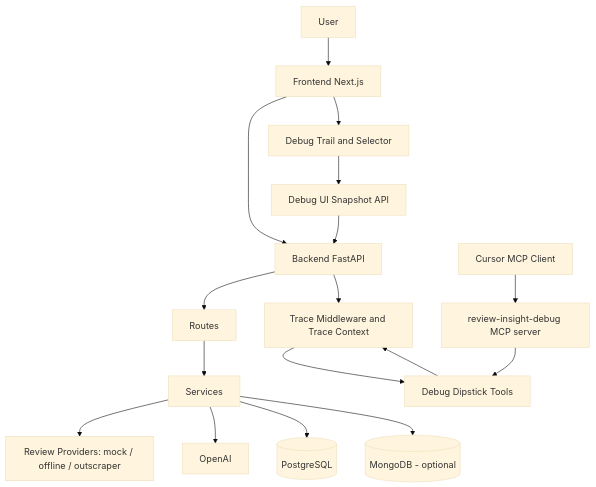
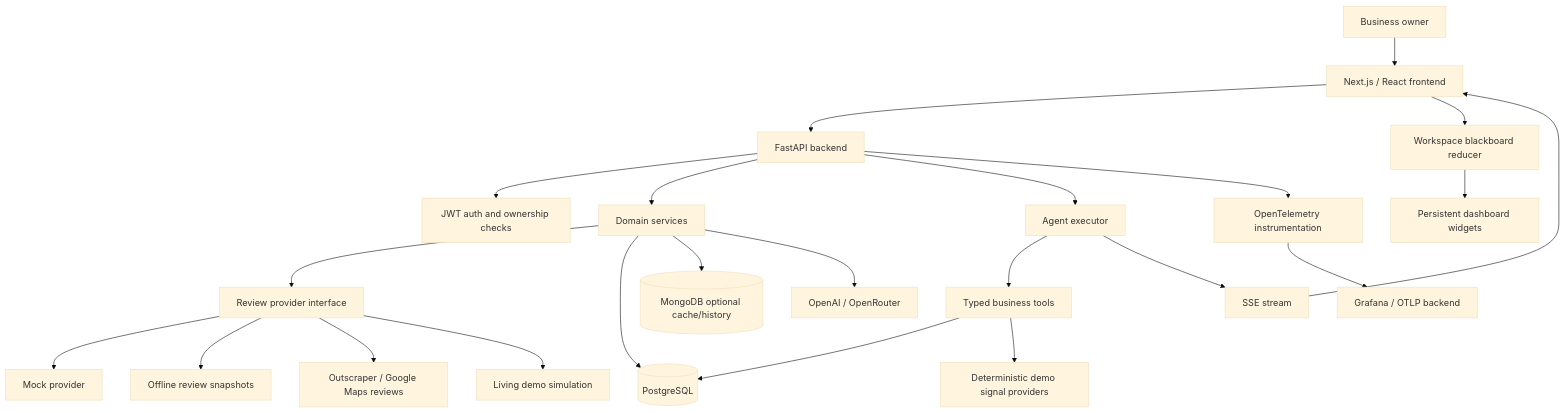
The first of 4 diagrams in README.md (YuriShkurko/review-insight-tool), drawn with Mermaid (base theme) before and after one commit. The commit also changed other lines of this file and 42 other files, not shown here.

````diff
--- a/README.md
+++ b/README.md
@@ -209,22 +108,30 @@
 ```mermaid
-graph TB
-    U[User] --> F[Frontend Next.js]
-    F --> API[Backend FastAPI]
+flowchart TB
+    User[Business owner] --> Web[Next.js / React frontend]
+    Web --> API[FastAPI backend]
 
-    API --> R[Routes]
-    R --> S[Services]
-    S --> P[Review Providers: mock / offline / outscraper]
-    S --> LLM[OpenAI]
-    S --> DB[(PostgreSQL)]
-    S --> MDB[(MongoDB - optional)]
+    API --> Auth[JWT auth and ownership checks]
+    API --> Services[Domain services]
+    API --> Agent[Agent executor]
 
-    F --> DT[Debug Trail and Selector]
-    DT --> UIS[Debug UI Snapshot API]
-    UIS --> API
+    Services --> Reviews[Review provider interface]
+    Reviews --> Mock[Mock provider]
+    Reviews --> Offline[Offline review snapshots]
+    Reviews --> Outscraper[Outscraper / Google Maps reviews]
+    Reviews --> Simulation[Living demo simulation]
 
-    API --> TM[Trace Middleware and Trace Context]
-    TM --> DIP[Debug Dipstick Tools]
-    MCP[Cursor MCP Client] --> MCPDBG[review-insight-debug MCP server]
-    MCPDBG --> DIP
-    DIP --> TM
+    Services --> Postgres[(PostgreSQL)]
+    Services --> Mongo[(MongoDB optional cache/history)]
+    Services --> LLM[OpenAI / OpenRouter]
+
+    Agent --> Tools[Typed business tools]
+    Tools --> Postgres
+    Tools --> DemoSignals[Deterministic demo signal providers]
+    Agent --> SSE[SSE stream]
+    SSE --> Web
+    Web --> Workspace[Workspace blackboard reducer]
+    Workspace --> WidgetUI[Persistent dashboard widgets]
+
+    API --> OTEL[OpenTelemetry instrumentation]
+    OTEL --> Grafana[Grafana / OTLP backend]
 ```
````
